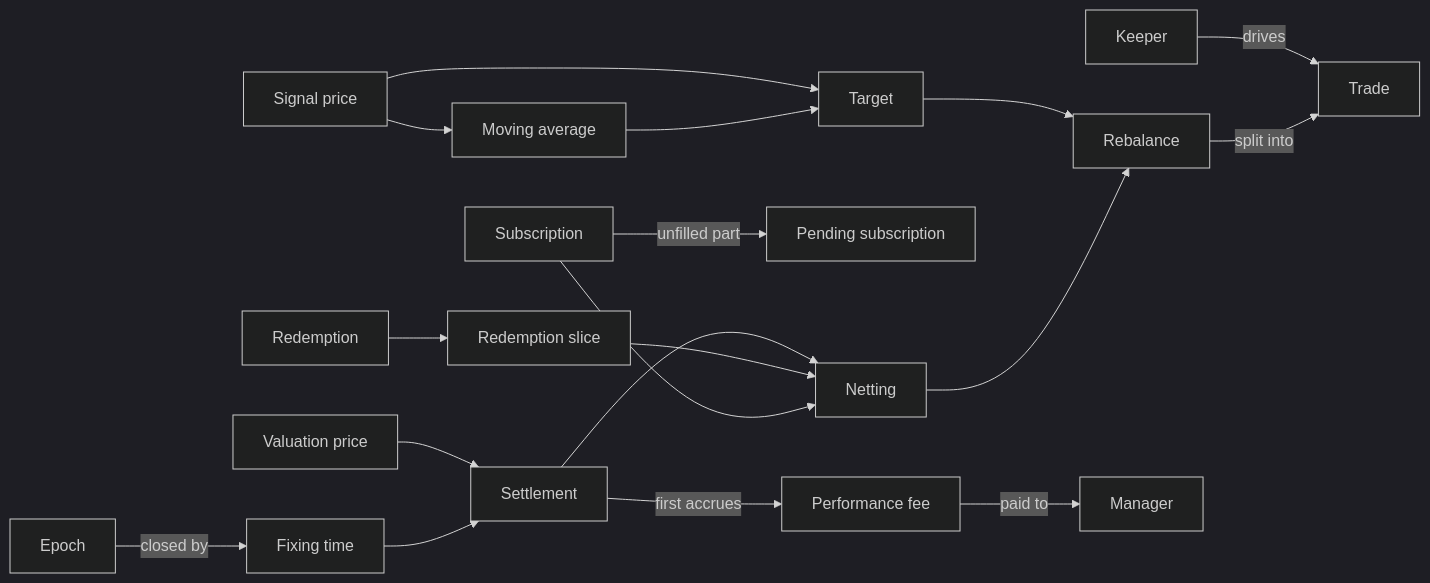
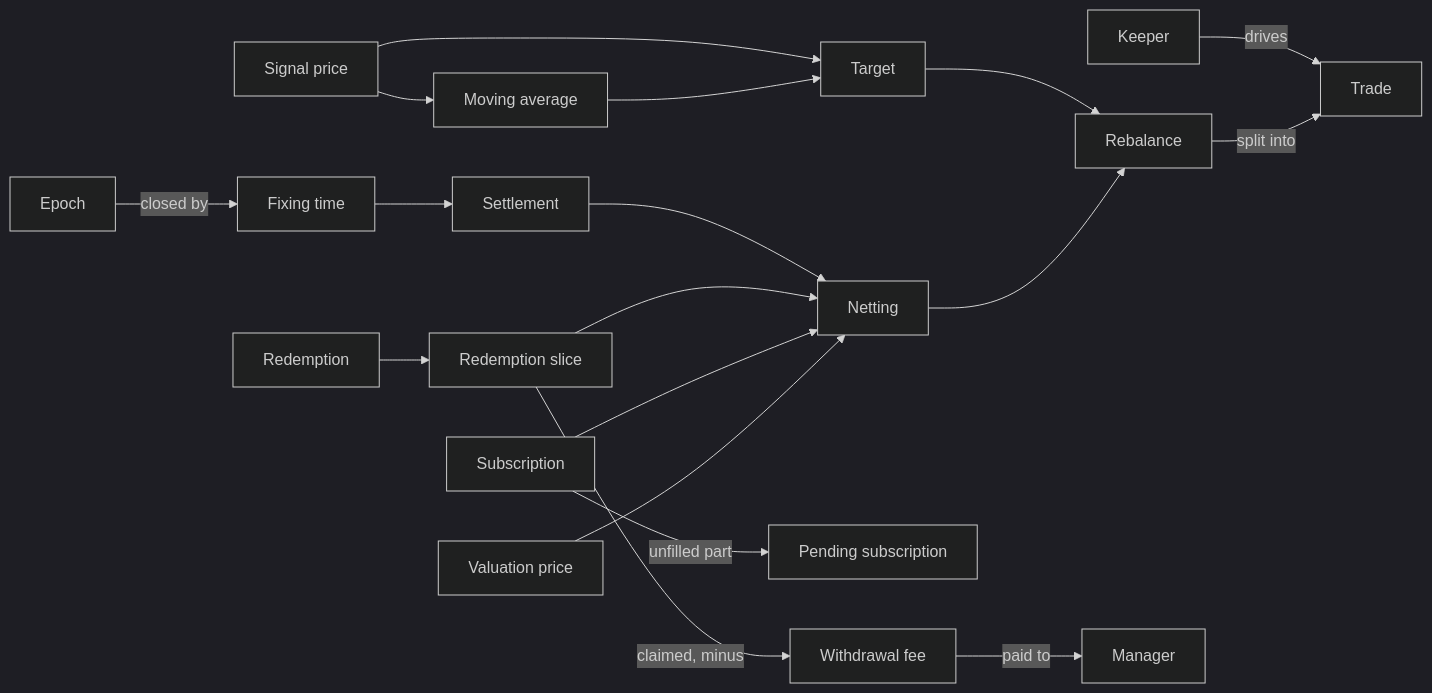
Before and after one commit to 0xnex/tide: the diagram in CONTEXT.md, drawn with Mermaid (dark theme). The commit also changed other lines of this file and 8 other files, not shown here.

First line of the commit message:
docs: execution-based shares, cbBTC signal, 1% withdrawal fee

````diff
--- a/CONTEXT.md
+++ b/CONTEXT.md
@@ -7,16 +7,16 @@
 ```mermaid
 flowchart LR
   EP["Epoch"] -- "closed by" --> FX["Fixing time"]
   FX --> ST["Settlement"]
   SP["Signal price"] --> MA["Moving average"] --> TG["Target"]
   SP --> TG
-  VP["Valuation price"] --> ST
+  VP["Valuation price"] --> NET
   SUB["Subscription"] -- "unfilled part" --> PS["Pending subscription"]
   RED["Redemption"] --> RS["Redemption slice"]
   SUB & RS --> NET["Netting"]
   ST --> NET --> RB["Rebalance"]
   TG --> RB
   RB -- "split into" --> TR["Trade"]
   KP["Keeper"] -- "drives" --> TR
-  ST -- "first accrues" --> PF["Performance fee"] -- "paid to" --> MG["Manager"]
+  RS -- "claimed, minus" --> WF["Withdrawal fee"] -- "paid to" --> MG["Manager"]
 ```
````
